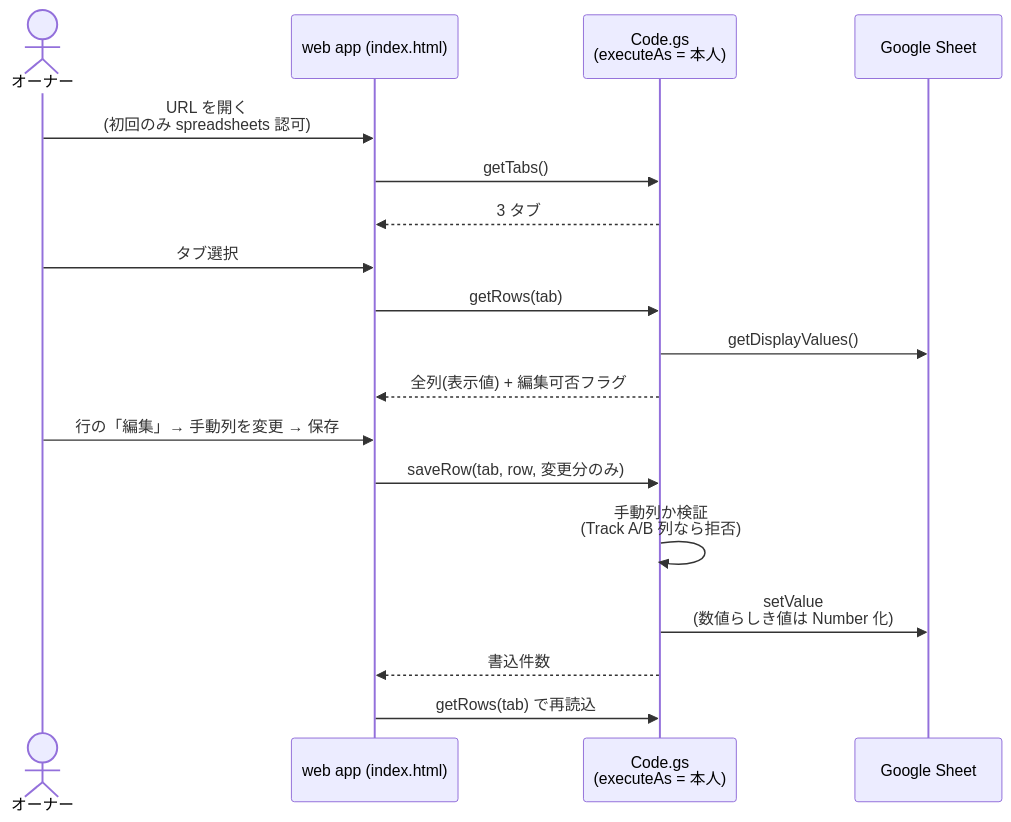
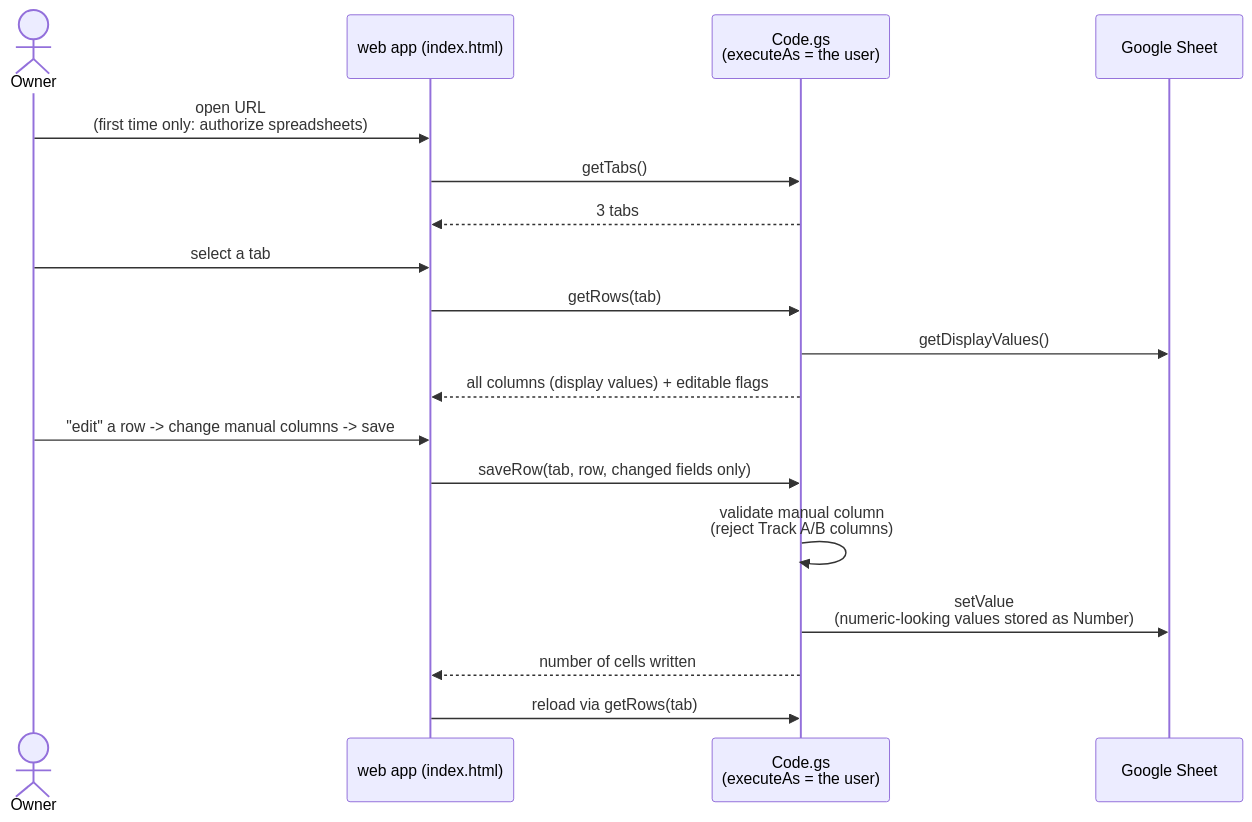
One commit to cmb-sy/stock-price-sheet changed the third of 4 diagrams in README.md. Above: the diagram before and after it, drawn with Mermaid. The commit also changed other lines of this file and 15 other files, not shown here.

First line of the commit message:
feat: register-by-name flow, English docs, schema-aligned webapp + LICENSE

````diff
--- a/README.md
+++ b/README.md
@@ -119,21 +127,21 @@
 ```mermaid
 sequenceDiagram
-    actor Owner as オーナー
+    actor Owner as Owner
     participant App as web app (index.html)
-    participant GS as Code.gs<br/>(executeAs = 本人)
+    participant GS as Code.gs<br/>(executeAs = the user)
     participant Sheet as Google Sheet
 
-    Owner->>App: URL を開く<br/>(初回のみ spreadsheets 認可)
+    Owner->>App: open URL<br/>(first time only: authorize spreadsheets)
     App->>GS: getTabs()
-    GS-->>App: 3 タブ
-    Owner->>App: タブ選択
+    GS-->>App: 3 tabs
+    Owner->>App: select a tab
     App->>GS: getRows(tab)
     GS->>Sheet: getDisplayValues()
-    GS-->>App: 全列(表示値) + 編集可否フラグ
-    Owner->>App: 行の「編集」→ 手動列を変更 → 保存
-    App->>GS: saveRow(tab, row, 変更分のみ)
-    GS->>GS: 手動列か検証<br/>(Track A/B 列なら拒否)
-    GS->>Sheet: setValue<br/>(数値らしき値は Number 化)
-    GS-->>App: 書込件数
-    App->>GS: getRows(tab) で再読込
+    GS-->>App: all columns (display values) + editable flags
+    Owner->>App: "edit" a row -> change manual columns -> save
+    App->>GS: saveRow(tab, row, changed fields only)
+    GS->>GS: validate manual column<br/>(reject Track A/B columns)
+    GS->>Sheet: setValue<br/>(numeric-looking values stored as Number)
+    GS-->>App: number of cells written
+    App->>GS: reload via getRows(tab)
 ```
````
